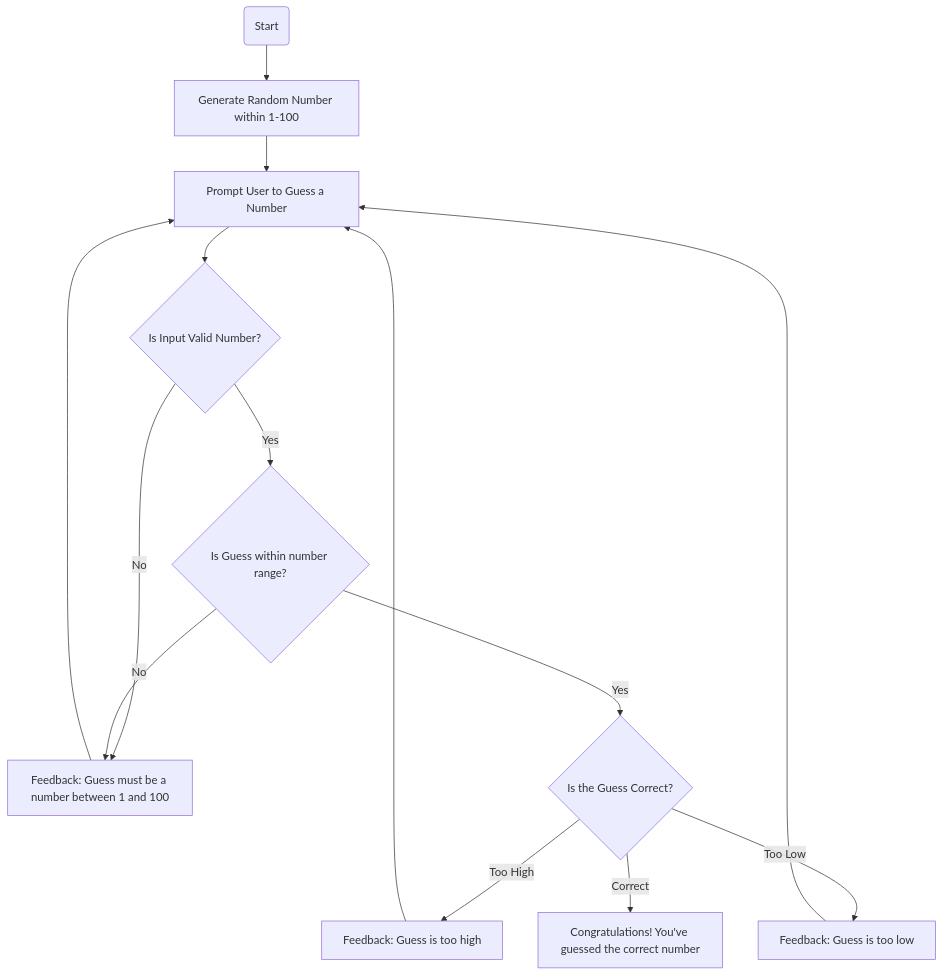
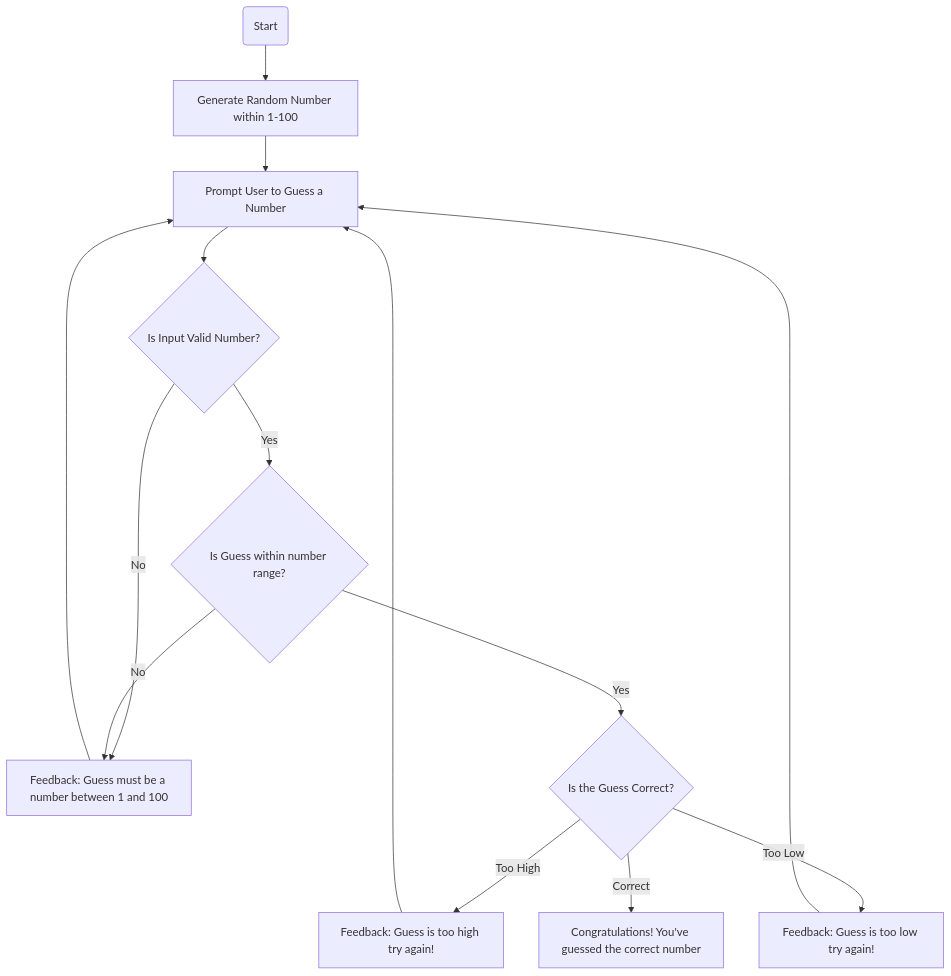
The diagram in README.md (GracieG22/Guessing.mb), drawn with Mermaid before and after one commit.

Commit message:
Guessing Game.md

````diff
--- a/README.md
+++ b/README.md
@@ -2,16 +2,16 @@
 ```mermaid
 flowchart TD
     A(Start) --> B[Generate Random Number within 1-100]
     B --> C[Prompt User to Guess a Number]
     C --> D{Is Input Valid Number?}
     D -->|No| C3[Feedback: Guess must be a number between 1 and 100]
     D -->|Yes| E{Is Guess within number range?}
     E -->|No| C3
     E -->|Yes| F{Is the Guess Correct?}
-    F -->|Too High| C1[Feedback: Guess is too high]
-    F -->|Too Low| C2[Feedback: Guess is too low]
+    F -->|Too High| C1[Feedback: Guess is too high try again!]
+    F -->|Too Low| C2[Feedback: Guess is too low try again!]
     F -->|Correct| G[Congratulations! You've guessed the correct number]
     C1 --> C
     C2 --> C
     C3 --> C
 ```
````
